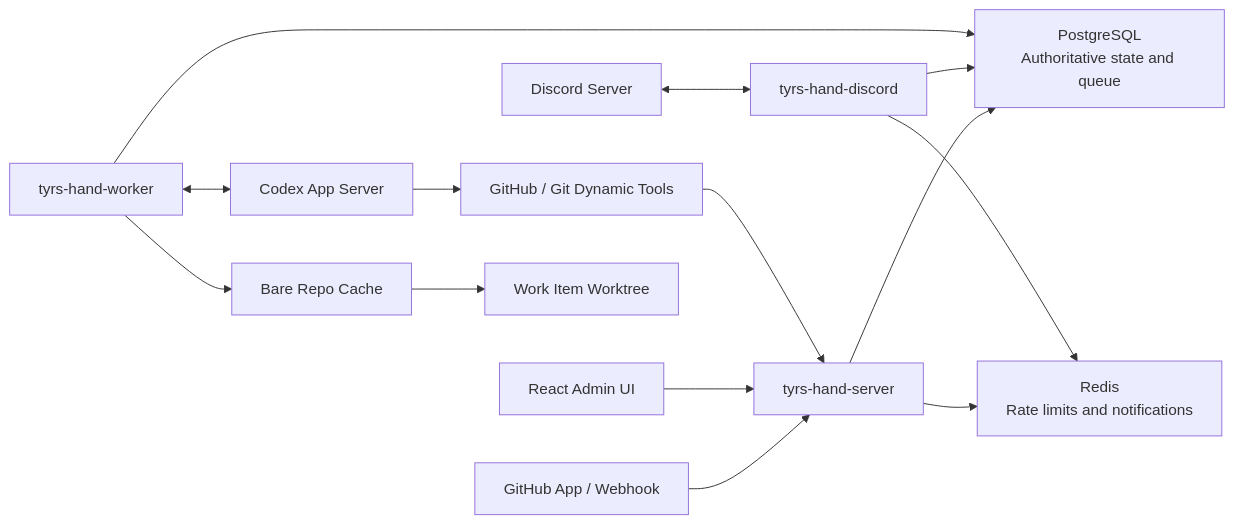
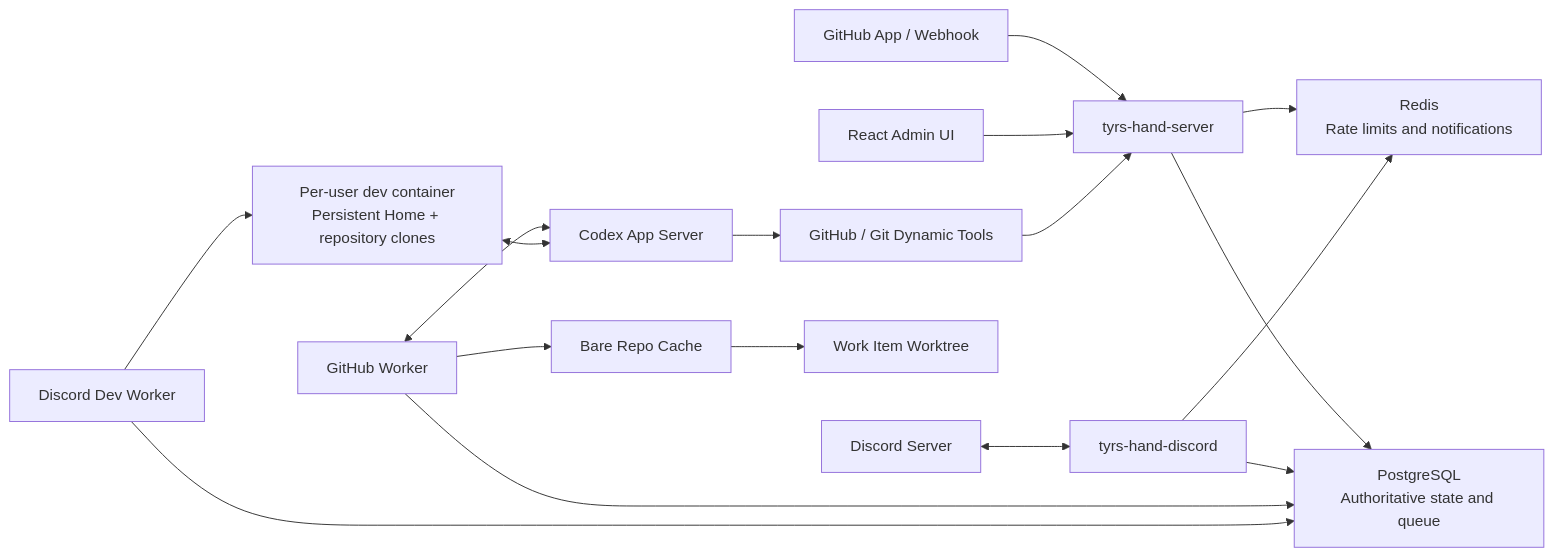
One commit to slovx2/tyrs-hand changed the diagram in README.en.md. Above: the diagram before and after it, drawn with Mermaid. The commit also changed other lines of this file and 117 other files, not shown here.

````diff
--- a/README.en.md
+++ b/README.en.md
@@ -32,16 +33,19 @@
 ```mermaid
 flowchart LR
     GitHub["GitHub App / Webhook"] --> Server["tyrs-hand-server"]
     Admin["React Admin UI"] --> Server
     Discord["Discord Server"] <--> Gateway["tyrs-hand-discord"]
     Server --> PostgreSQL["PostgreSQL\nAuthoritative state and queue"]
     Server --> Redis["Redis\nRate limits and notifications"]
     Gateway --> PostgreSQL
     Gateway --> Redis
-    Worker["tyrs-hand-worker"] --> PostgreSQL
-    Worker --> Cache["Bare Repo Cache"]
+    GitHubWorker["GitHub Worker"] --> PostgreSQL
+    GitHubWorker --> Cache["Bare Repo Cache"]
     Cache --> Worktree["Work Item Worktree"]
-    Worker <--> Codex["Codex App Server"]
+    DiscordWorker["Discord Dev Worker"] --> PostgreSQL
+    DiscordWorker --> DevContainer["Per-user dev container\nPersistent Home + repository clones"]
+    GitHubWorker <--> Codex["Codex App Server"]
+    DevContainer <--> Codex
     Codex --> Tools["GitHub / Git Dynamic Tools"]
     Tools --> Server
 ```
````
